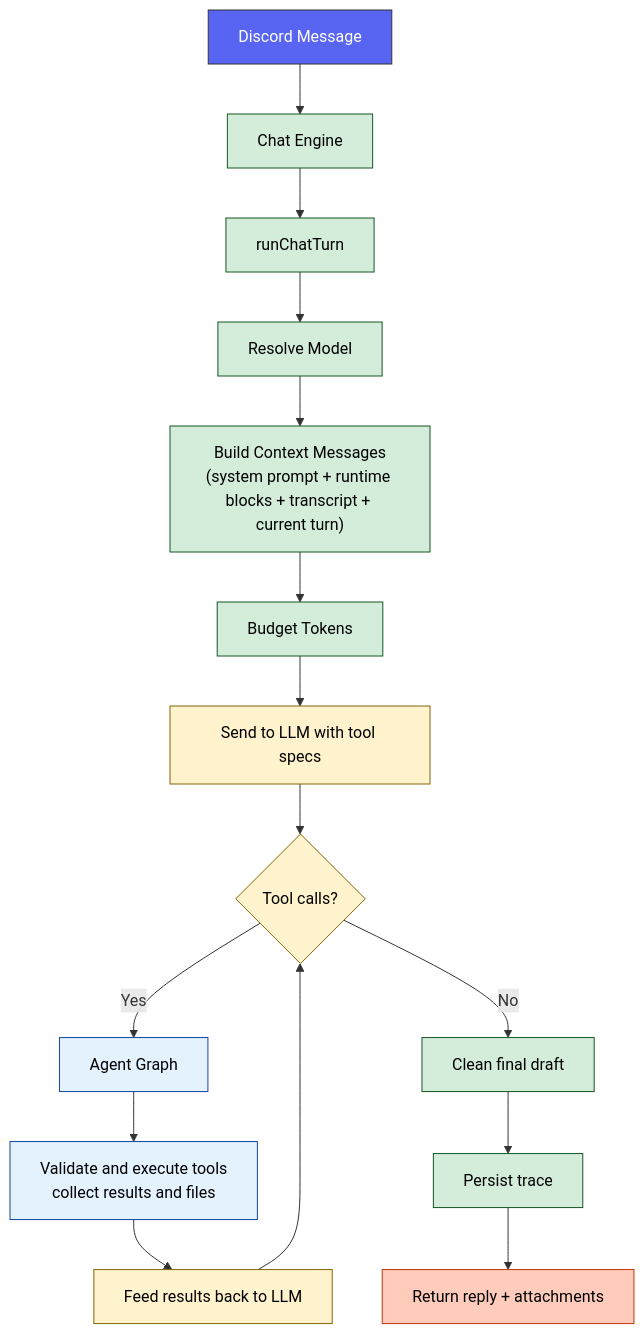
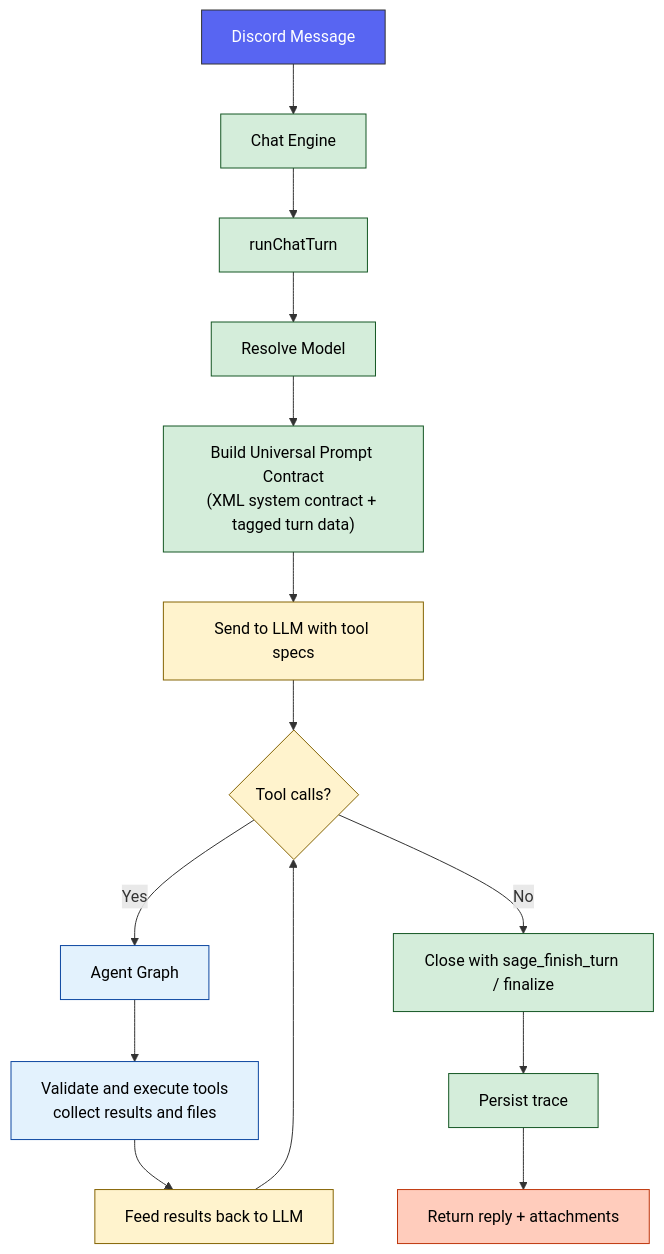
The first of 2 diagrams in docs/architecture/PIPELINE.md (BokX1/Sage), drawn with Mermaid before and after one commit. The commit also changed other lines of this file and 26 other files, not shown here.

Commit message:
feat: harden prompt contract and graph closeout loop

````diff
--- a/docs/architecture/PIPELINE.md
+++ b/docs/architecture/PIPELINE.md
@@ -29,25 +29,24 @@
 ```mermaid
 flowchart TD
     classDef discord fill:#5865f2,stroke:#333,color:white
     classDef runtime fill:#d4edda,stroke:#155724,color:black
     classDef llm fill:#fff3cd,stroke:#856404,color:black
     classDef tools fill:#e3f2fd,stroke:#0d47a1,color:black
     classDef output fill:#ffccbc,stroke:#bf360c,color:black
 
     A[Discord Message]:::discord --> B[Chat Engine]:::runtime
     B --> C[runChatTurn]:::runtime
     C --> D[Resolve Model]:::runtime
-    D --> E["Build Context Messages<br/>(system prompt + runtime blocks + transcript + current turn)"]:::runtime
-    E --> F[Budget Tokens]:::runtime
-    F --> G[Send to LLM with tool specs]:::llm
+    D --> E["Build Universal Prompt Contract<br/>(XML system contract + tagged turn data)"]:::runtime
+    E --> G[Send to LLM with tool specs]:::llm
     G --> H{Tool calls?}:::llm
 
     H -->|Yes| I[Agent Graph]:::tools
     I --> J["Validate and execute tools<br/>collect results and files"]:::tools
     J --> K[Feed results back to LLM]:::llm
     K --> H
 
-    H -->|No| L[Clean final draft]:::runtime
+    H -->|No| L[Close with sage_finish_turn / finalize]:::runtime
     L --> M[Persist trace]:::runtime
     M --> N[Return reply + attachments]:::output
 ```
````
